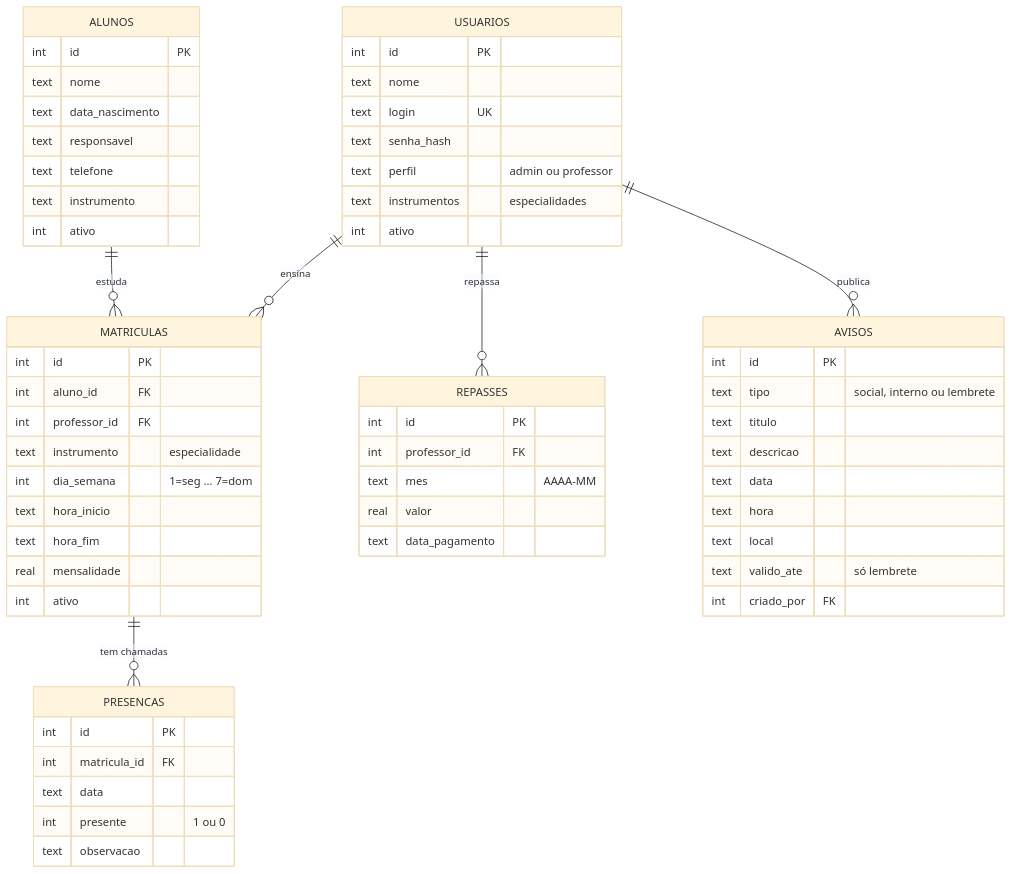
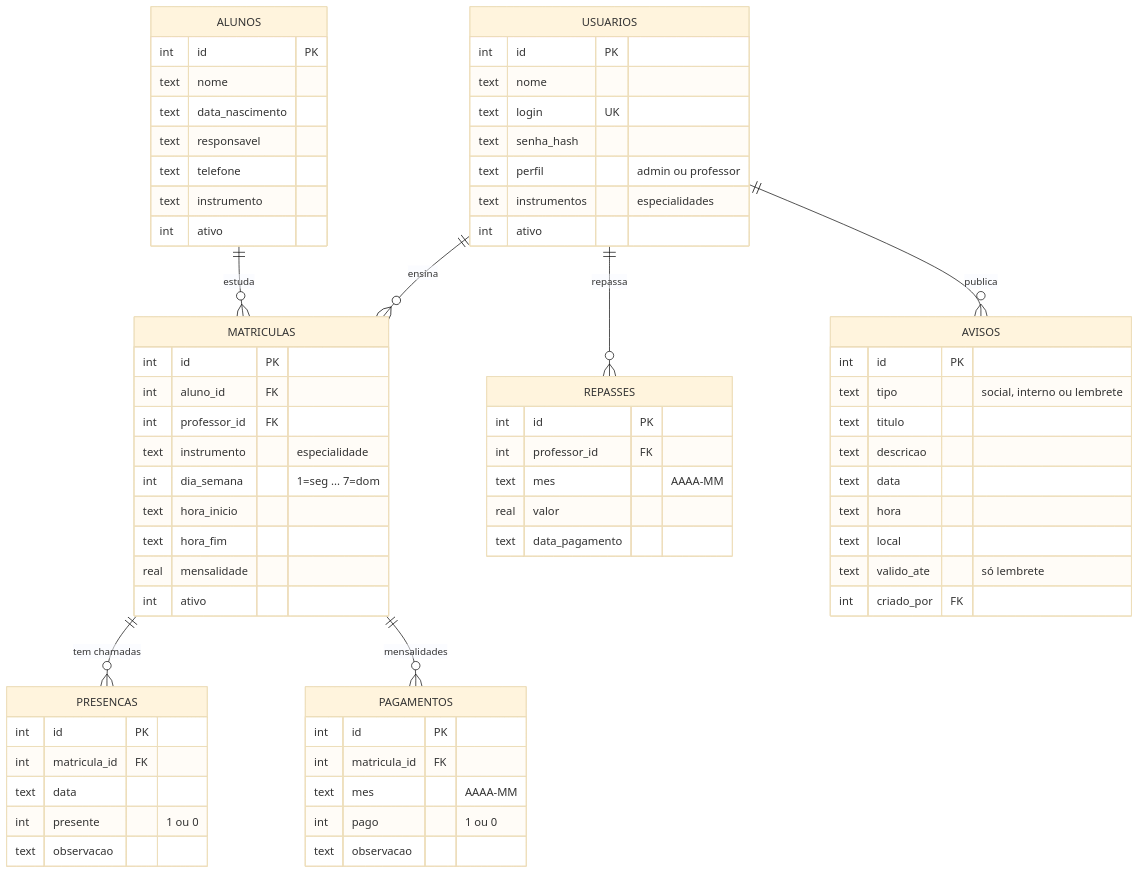
The diagram in docs/DOCUMENTACAO.md (Jldiass/EscolaPIBA), drawn with Mermaid (base theme) before and after one commit. The commit also changed other lines of this file and 30 other files, not shown here.

````diff
--- a/docs/DOCUMENTACAO.md
+++ b/docs/DOCUMENTACAO.md
@@ -100,63 +107,71 @@
 ```mermaid
 erDiagram
     USUARIOS ||--o{ MATRICULAS : "ensina"
     ALUNOS   ||--o{ MATRICULAS : "estuda"
     MATRICULAS ||--o{ PRESENCAS : "tem chamadas"
     USUARIOS ||--o{ REPASSES : "repassa"
     USUARIOS ||--o{ AVISOS : "publica"
+    MATRICULAS ||--o{ PAGAMENTOS : "mensalidades"
 
     USUARIOS {
         int id PK
         text nome
         text login UK
         text senha_hash
         text perfil "admin ou professor"
         text instrumentos "especialidades"
         int ativo
     }
     ALUNOS {
         int id PK
         text nome
         text data_nascimento
         text responsavel
         text telefone
         text instrumento
         int ativo
     }
     MATRICULAS {
         int id PK
         int aluno_id FK
         int professor_id FK
         text instrumento "especialidade"
         int dia_semana "1=seg ... 7=dom"
         text hora_inicio
         text hora_fim
         real mensalidade
         int ativo
     }
     PRESENCAS {
         int id PK
         int matricula_id FK
         text data
         int presente "1 ou 0"
         text observacao
     }
     REPASSES {
         int id PK
         int professor_id FK
         text mes "AAAA-MM"
         real valor
         text data_pagamento
     }
+    PAGAMENTOS {
+        int id PK
+        int matricula_id FK
+        text mes "AAAA-MM"
+        int pago "1 ou 0"
+        text observacao
+    }
     AVISOS {
         int id PK
         text tipo "social, interno ou lembrete"
         text titulo
         text descricao
         text data
         text hora
         text local
         text valido_ate "só lembrete"
         int criado_por FK
     }
 ```
````
